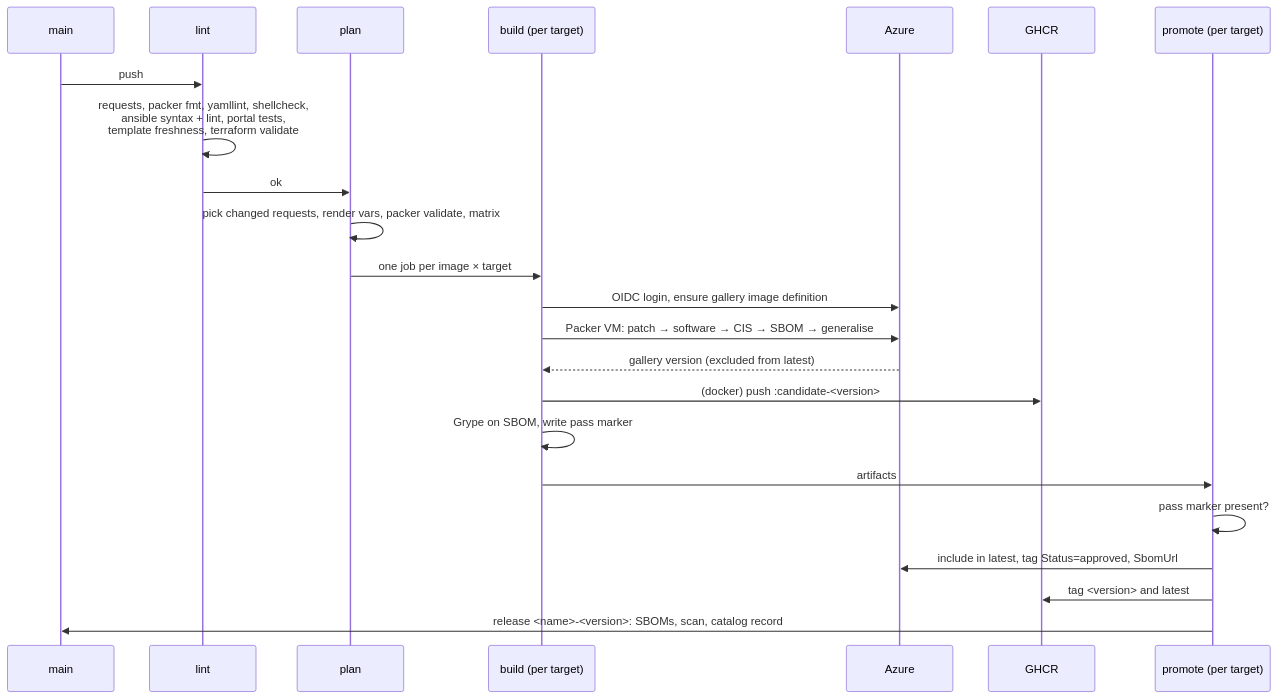
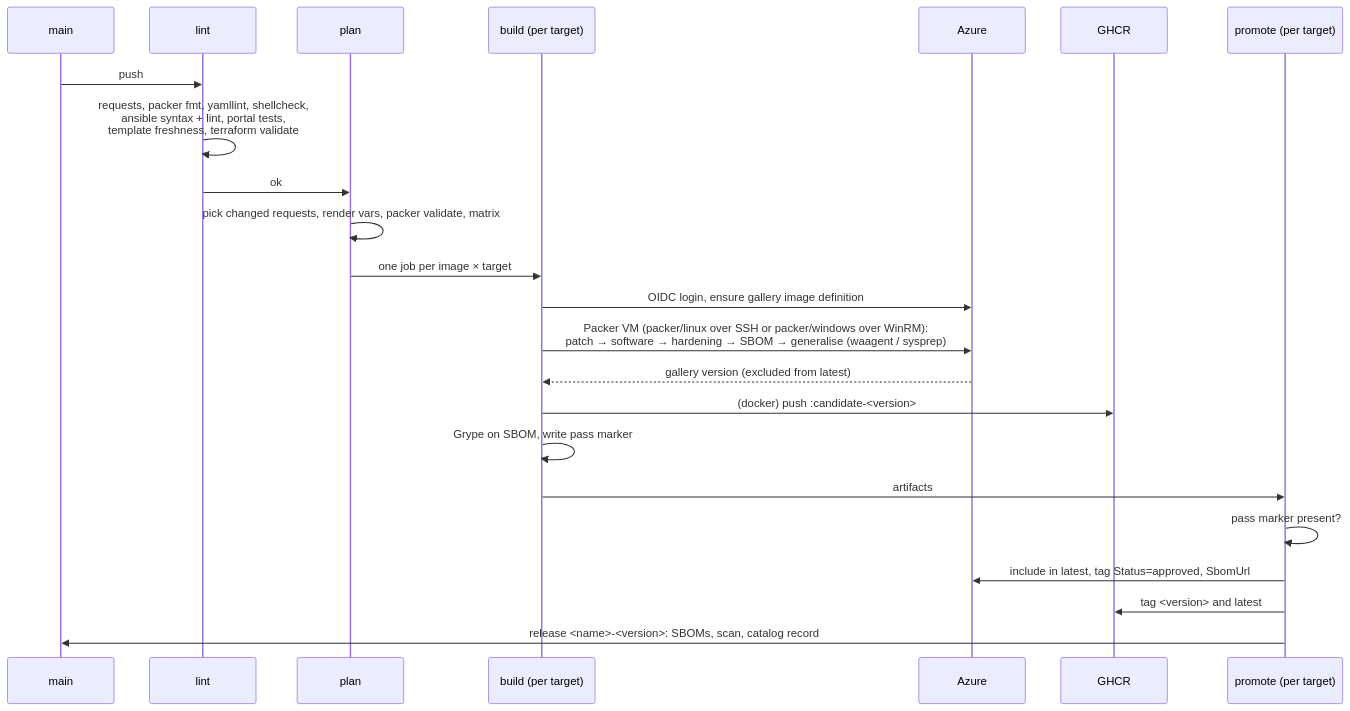
Before and after one commit to cloudwithritesh/image-factory: the third of 6 diagrams in docs/workflow.md, drawn with Mermaid. The commit also changed other lines of this file and 78 other files, not shown here.

````diff
--- a/docs/workflow.md
+++ b/docs/workflow.md
@@ -82,26 +83,26 @@
 ```mermaid
 sequenceDiagram
   participant M as main
   participant L as lint
   participant PL as plan
   participant B as build (per target)
   participant AZ as Azure
   participant GR as GHCR
   participant PM as promote (per target)
 
   M->>L: push
   L->>L: requests, packer fmt, yamllint, shellcheck,<br/>ansible syntax + lint, portal tests,<br/>template freshness, terraform validate
   L->>PL: ok
   PL->>PL: pick changed requests, render vars, packer validate, matrix
   PL->>B: one job per image × target
   B->>AZ: OIDC login, ensure gallery image definition
-  B->>AZ: Packer VM: patch → software → CIS → SBOM → generalise
+  B->>AZ: Packer VM (packer/linux over SSH or packer/windows over WinRM):<br/>patch → software → hardening → SBOM → generalise (waagent / sysprep)
   AZ-->>B: gallery version (excluded from latest)
   B->>GR: (docker) push :candidate-<version>
   B->>B: Grype on SBOM, write pass marker
   B->>PM: artifacts
   PM->>PM: pass marker present?
   PM->>AZ: include in latest, tag Status=approved, SbomUrl
   PM->>GR: tag <version> and latest
   PM->>M: release <name>-<version>: SBOMs, scan, catalog record
 ```
````
